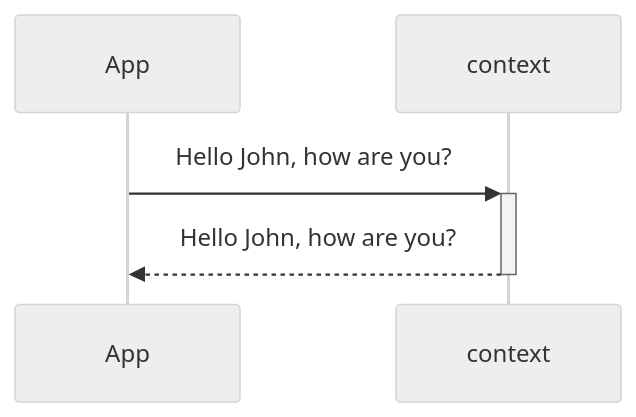
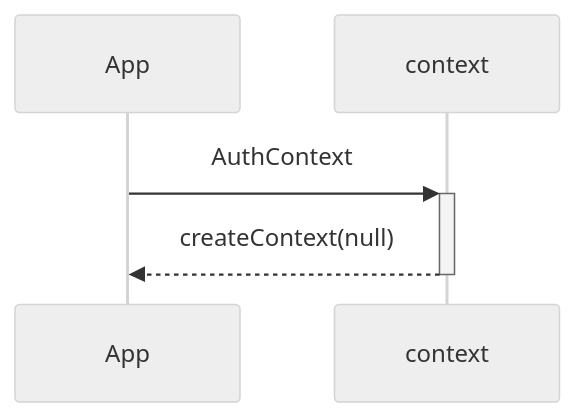
One commit to Freeze35/test-react-project changed the second of 2 diagrams in README.md. Above: the diagram before and after it, drawn with Mermaid (neutral theme).

````diff
--- a/README.md
+++ b/README.md
@@ -125,5 +125,5 @@
 ``` mermaid
    sequenceDiagram;
-    App->>+context: Hello John, how are you?;
-    context-->>-App: Hello John, how are you?
+    App->>+context: AuthContext;
+    context-->>-App: createContext(null)
 ```
````
